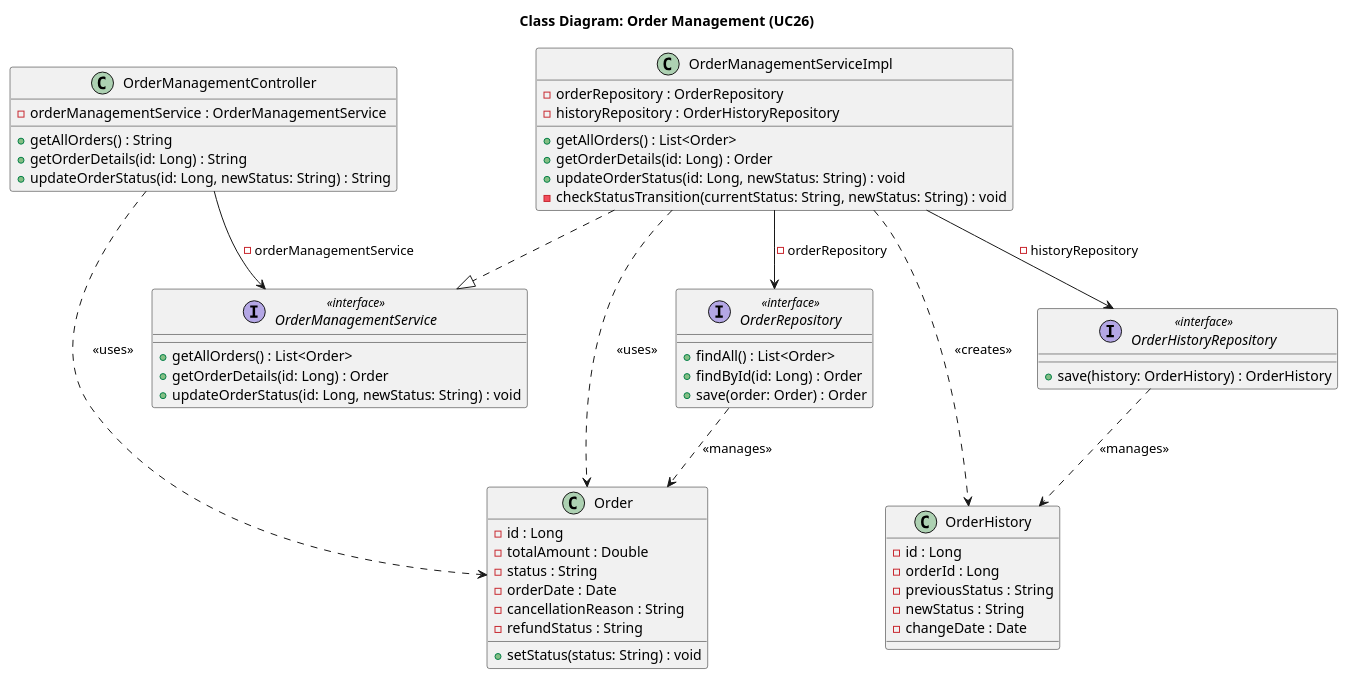
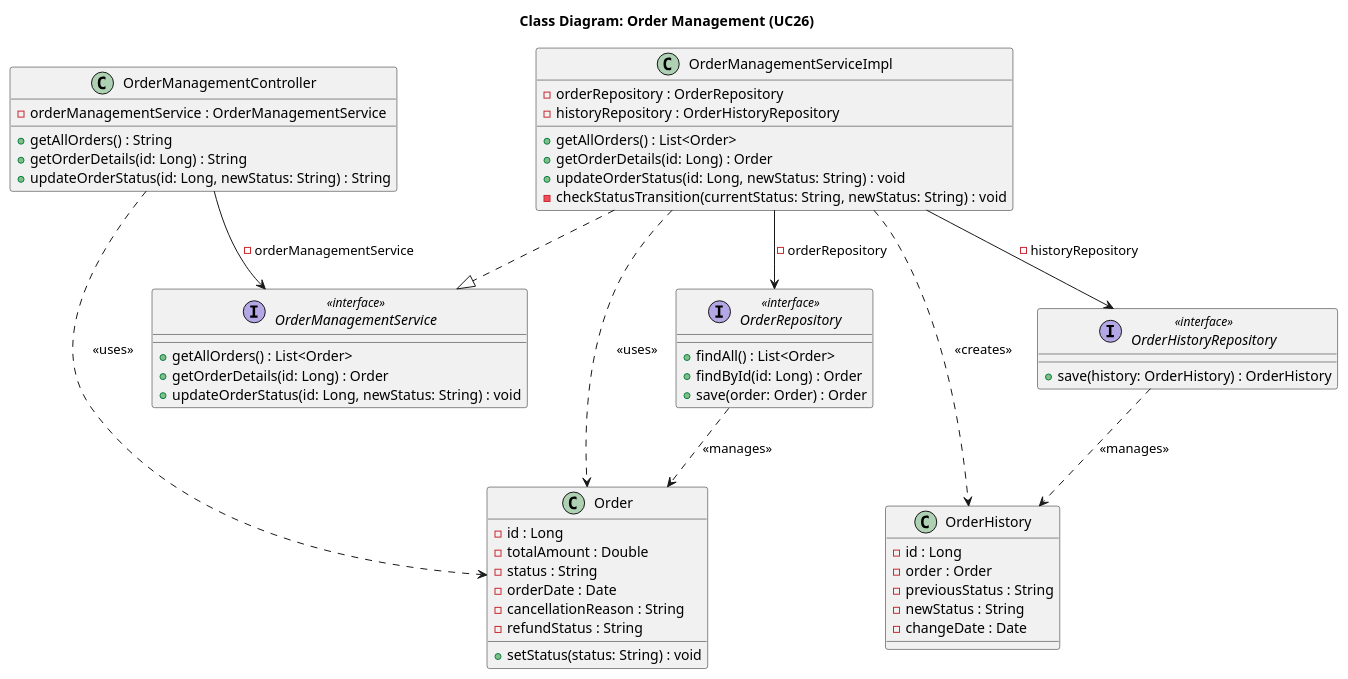
The diagram in src/main/java/org/example/fashionstoresystem/uml/Class/CD26_OrderManagement.puml (Peterdir/fashion-store-system), drawn with PlantUML before and after one commit. The commit also changed 5 other files, not shown here.

```diff
--- a/src/main/java/org/example/fashionstoresystem/uml/Class/CD26_OrderManagement.puml
+++ b/src/main/java/org/example/fashionstoresystem/uml/Class/CD26_OrderManagement.puml
@@ -1,76 +1,76 @@
 @startuml
 title Class Diagram: Order Management (UC26)
 
 ' Controller
 class OrderManagementController {
     - orderManagementService : OrderManagementService
     + getAllOrders() : String
     + getOrderDetails(id: Long) : String
     + updateOrderStatus(id: Long, newStatus: String) : String
 }
 
 ' Service
 interface OrderManagementService <<interface>> {
     + getAllOrders() : List<Order>
     + getOrderDetails(id: Long) : Order
     + updateOrderStatus(id: Long, newStatus: String) : void
 }
 
 class OrderManagementServiceImpl {
     - orderRepository : OrderRepository
     - historyRepository : OrderHistoryRepository
     + getAllOrders() : List<Order>
     + getOrderDetails(id: Long) : Order
     + updateOrderStatus(id: Long, newStatus: String) : void
     - checkStatusTransition(currentStatus: String, newStatus: String) : void
 }
 
 ' Repository
 interface OrderRepository <<interface>> {
     + findAll() : List<Order>
     + findById(id: Long) : Order
     + save(order: Order) : Order
 }
 
 interface OrderHistoryRepository <<interface>> {
     + save(history: OrderHistory) : OrderHistory
 }
 
 ' Entity & DTO
 class Order {
     - id : Long
     - totalAmount : Double
     - status : String
     - orderDate : Date
     - cancellationReason : String
     - refundStatus : String
     + setStatus(status: String) : void
 }
 
 class OrderHistory {
     - id : Long
-    - orderId : Long
+    - order : Order
     - previousStatus : String
     - newStatus : String
     - changeDate : Date
 }
 
 ' Relationships
 
 ' Implementation
 OrderManagementServiceImpl ..|> OrderManagementService
 
 ' Dependency Injection
 OrderManagementController --> OrderManagementService : - orderManagementService
 OrderManagementServiceImpl --> OrderRepository : - orderRepository
 OrderManagementServiceImpl --> OrderHistoryRepository : - historyRepository
 
 ' Object Usage
 OrderManagementController ..> Order : <<uses>>
 OrderManagementServiceImpl ..> Order : <<uses>>
 OrderRepository ..> Order : <<manages>>
 
 OrderManagementServiceImpl ..> OrderHistory : <<creates>>
 OrderHistoryRepository ..> OrderHistory : <<manages>>
 
 @enduml
```
